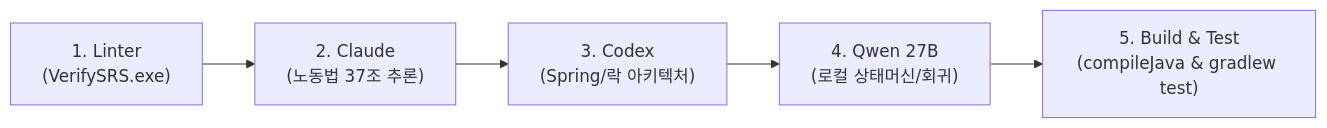
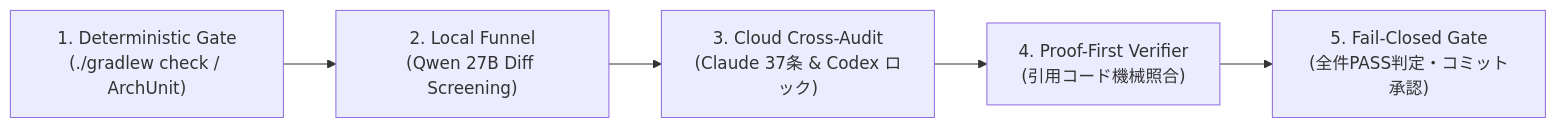
The diagram in AGENTS.md (KBG183/kintai-saas-refactored), drawn with Mermaid before and after one commit. The commit also changed other lines of this file and 70 other files, not shown here.

````diff
--- a/AGENTS.md
+++ b/AGENTS.md
@@ -46,7 +37,7 @@
 ```mermaid
 flowchart LR
-    A["1. Linter<br>(VerifySRS.exe)"] --> B["2. Claude<br>(노동법 37조 추론)"]
-    B --> C["3. Codex<br>(Spring/락 아키텍처)"]
-    C --> D["4. Qwen 27B<br>(로컬 상태머신/회귀)"]
-    D --> E["5. Build & Test<br>(compileJava & gradlew test)"]
+    A["1. Deterministic Gate<br>(./gradlew check / ArchUnit)"] --> B["2. Local Funnel<br>(Qwen 27B Diff Screening)"]
+    B --> C["3. Cloud Cross-Audit<br>(Claude 37条 & Codex ロック)"]
+    C --> D["4. Proof-First Verifier<br>(引用コード機械照合)"]
+    D --> E["5. Fail-Closed Gate<br>(全件PASS判定・コミット承認)"]
 ```
````
